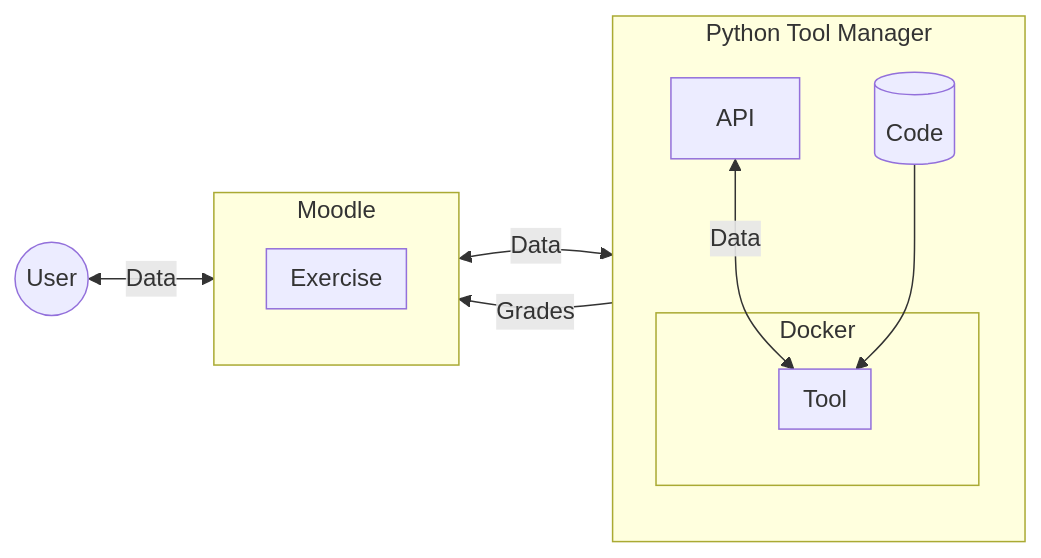
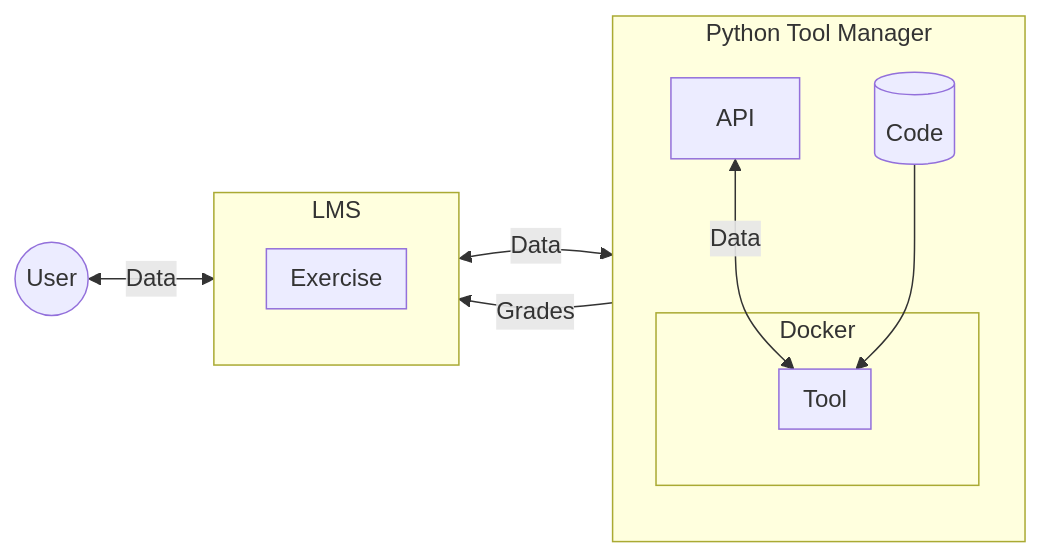
The diagram in docs/graphs/overview.mmd (ofabel/pytm-bootstrap), drawn with Mermaid before and after one commit. The commit also changed 7 other files, not shown here.

```diff
--- a/docs/graphs/overview.mmd
+++ b/docs/graphs/overview.mmd
@@ -1,21 +1,21 @@
 flowchart LR
     user(("User"))
     subgraph pytm ["Python Tool Manager"]
         direction TB
         database[("Code")]
         api[API]
         subgraph docker ["Docker"]
             subgraph tool ["Tool"]
             end
         end
     end
-    subgraph lms ["Moodle"]
+    subgraph lms ["LMS"]
         direction TB
         subgraph exercise ["Exercise"]
         end
     end
     user <-- "Data" --> exercise
     exercise <-- "Data" --> api
     api <-- "Data" --> tool
     database --> tool
     api -- "Grades" --> lms
```
